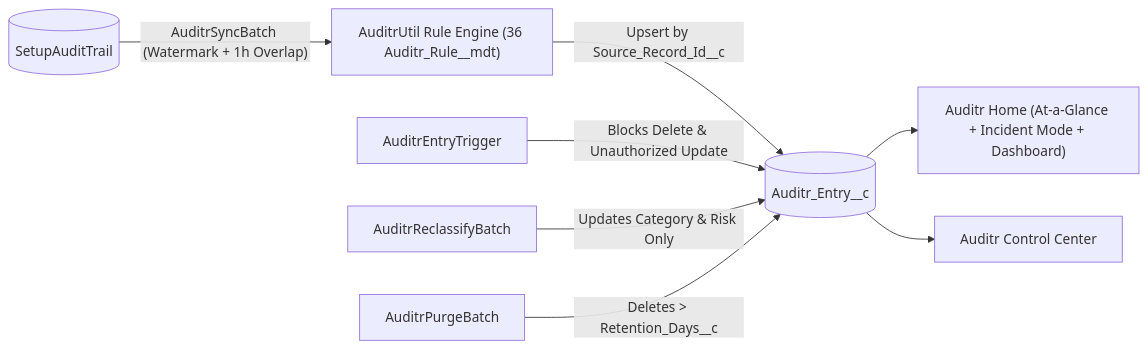
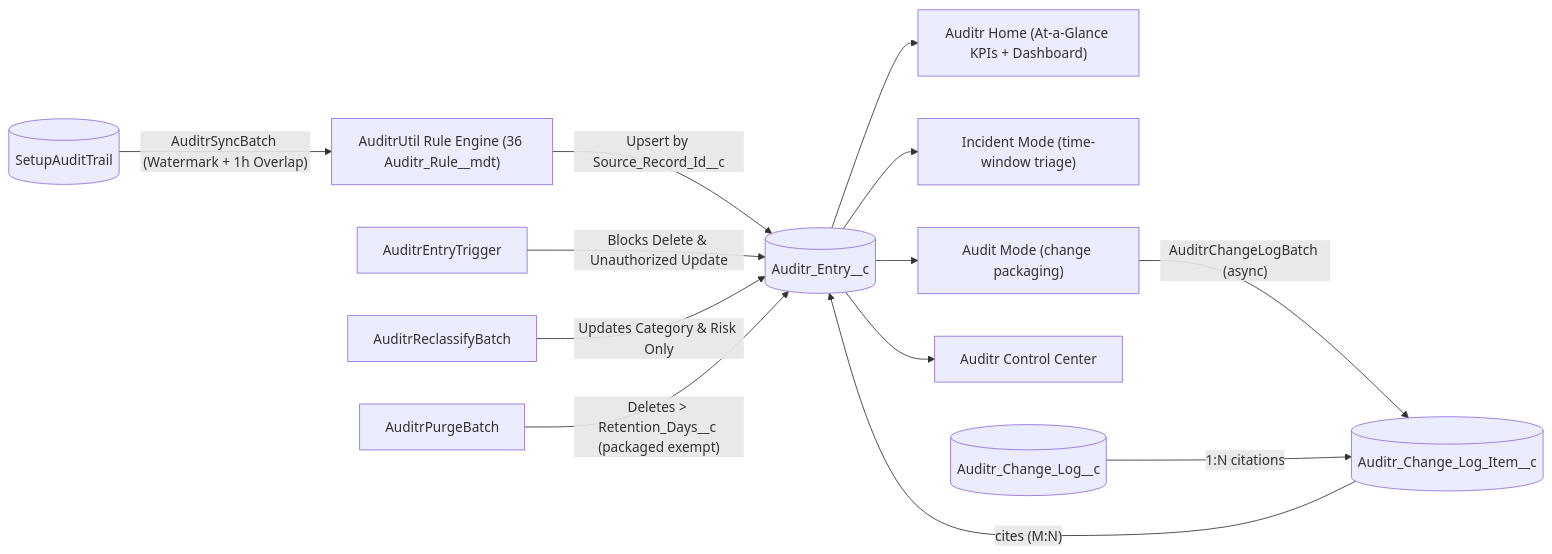
Before and after one commit to nithesh1992/Auditr: the diagram in docs/architecture.md, drawn with Mermaid. The commit also changed other lines of this file and 90 other files, not shown here.

Commit message:
Release Auditr v1.0.0-2 (04tg7000000cltxAAA) Tighten batch engine, remove platform event, and enhance admin authorization

````diff
--- a/docs/architecture.md
+++ b/docs/architecture.md
@@ -30,10 +35,15 @@
 ```mermaid
 flowchart LR
     SAT[("SetupAuditTrail")] -->|"AuditrSyncBatch (Watermark + 1h Overlap)"| UTIL["AuditrUtil Rule Engine (36 Auditr_Rule__mdt)"]
     UTIL -->|"Upsert by Source_Record_Id__c"| ENTRY[("Auditr_Entry__c")]
     TRIG["AuditrEntryTrigger"] -->|"Blocks Delete & Unauthorized Update"| ENTRY
     REC["AuditrReclassifyBatch"] -->|"Updates Category & Risk Only"| ENTRY
-    PURGE["AuditrPurgeBatch"] -->|"Deletes > Retention_Days__c"| ENTRY
-    ENTRY --> HOME["Auditr Home (At-a-Glance + Incident Mode + Dashboard)"]
+    PURGE["AuditrPurgeBatch"] -->|"Deletes > Retention_Days__c (packaged exempt)"| ENTRY
+    ENTRY --> HOME["Auditr Home (At-a-Glance KPIs + Dashboard)"]
+    ENTRY --> INC["Incident Mode (time-window triage)"]
+    ENTRY --> AM["Audit Mode (change packaging)"]
     ENTRY --> CC["Auditr Control Center"]
+    AM -->|"AuditrChangeLogBatch (async)"| ITEM[("Auditr_Change_Log_Item__c")]
+    LOG[("Auditr_Change_Log__c")] -->|"1:N citations"| ITEM
+    ITEM -->|"cites (M:N)"| ENTRY
 ```
````
